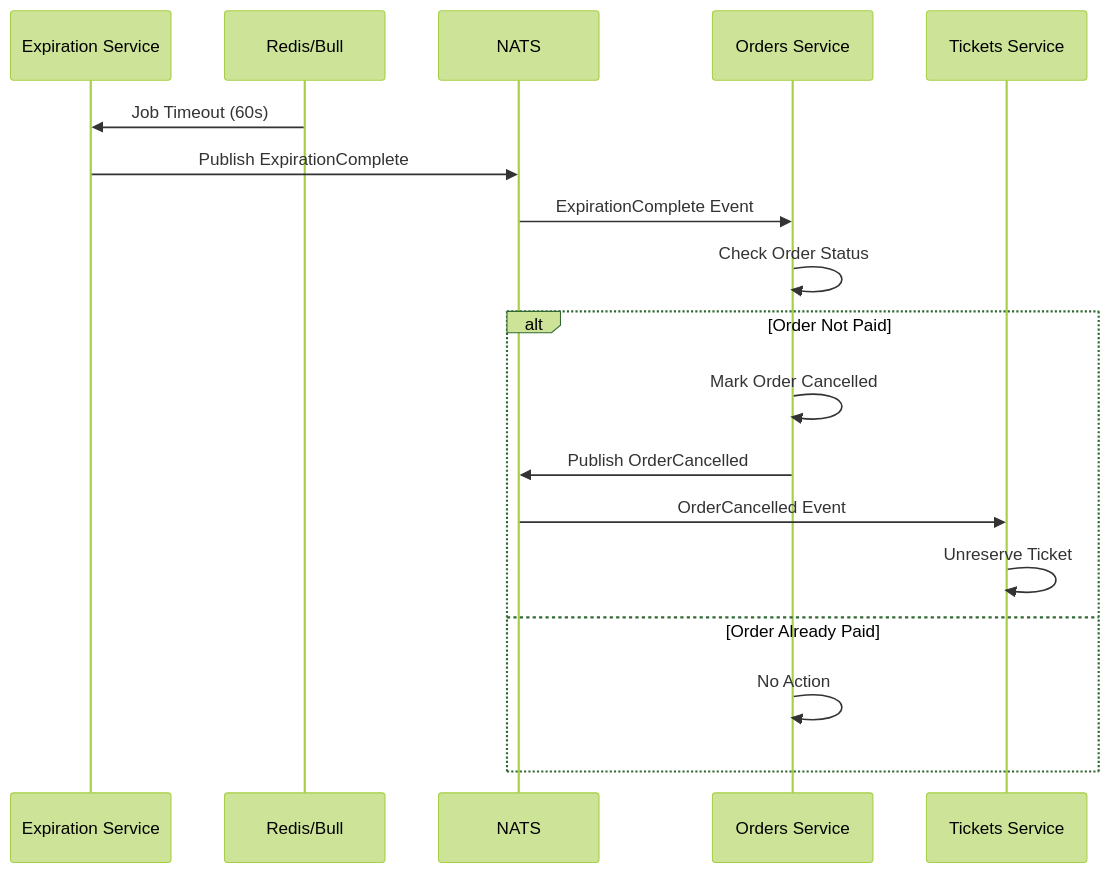
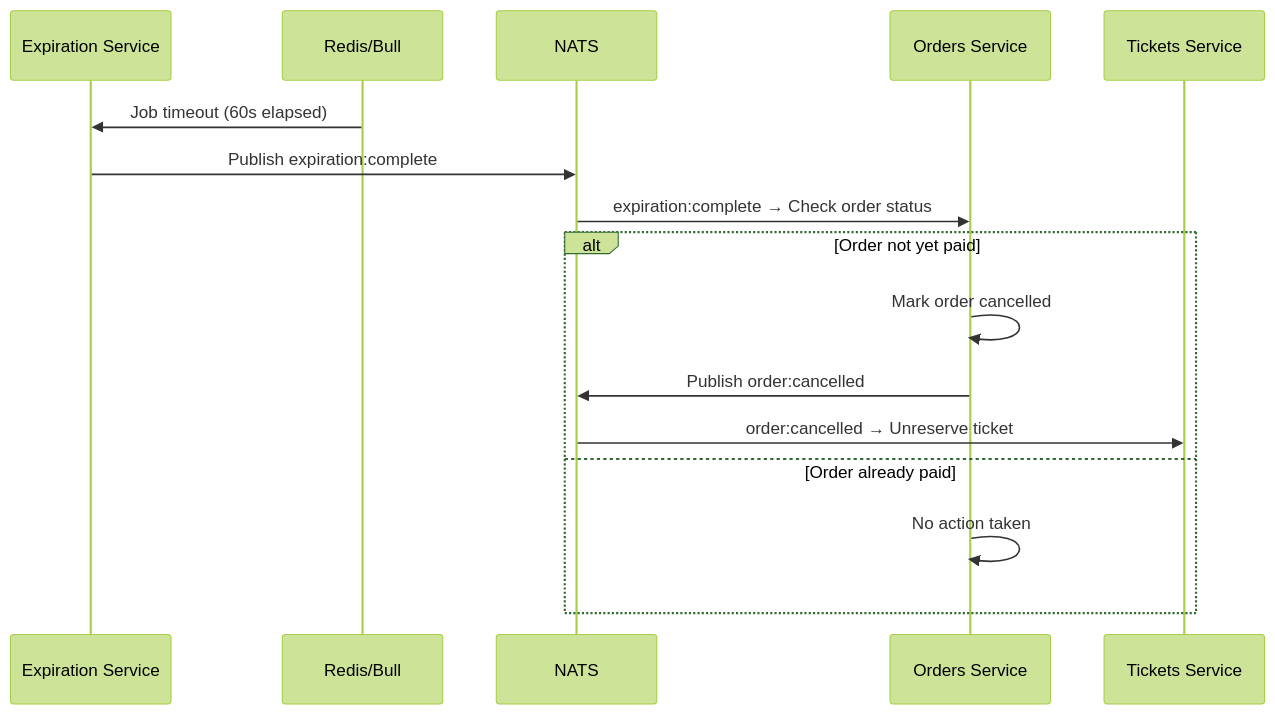
The fourth of 4 diagrams in README.md (Ankiitsingh21/ShowSphere), drawn with Mermaid (forest theme) before and after one commit. The commit also changed other lines of this file, not shown here.

````diff
--- a/README.md
+++ b/README.md
@@ -435,41 +237,19 @@
 ```mermaid
+sequenceDiagram
+  participant E as Expiration Service
+  participant R as Redis/Bull
+  participant N as NATS
+  participant O as Orders Service
+  participant T as Tickets Service
 
-sequenceDiagram
-
-participant E as Expiration Service
-
-participant R as Redis/Bull
-
-participant N as NATS
-
-participant O as Orders Service
-
-participant T as Tickets Service
-
-  
-
-R->>E: Job Timeout (60s)
-
-E->>N: Publish ExpirationComplete
-
-N->>O: ExpirationComplete Event
-
-O->>O: Check Order Status
-
-alt Order Not Paid
-
-O->>O: Mark Order Cancelled
-
-O->>N: Publish OrderCancelled
-
-N->>T: OrderCancelled Event
-
-T->>T: Unreserve Ticket
-
-else Order Already Paid
-
-O->>O: No Action
-
-end
-
+  R->>E: Job timeout (60s elapsed)
+  E->>N: Publish expiration:complete
+  N->>O: expiration:complete → Check order status
+  alt Order not yet paid
+    O->>O: Mark order cancelled
+    O->>N: Publish order:cancelled
+    N->>T: order:cancelled → Unreserve ticket
+  else Order already paid
+    O->>O: No action taken
+  end
 ```
````
